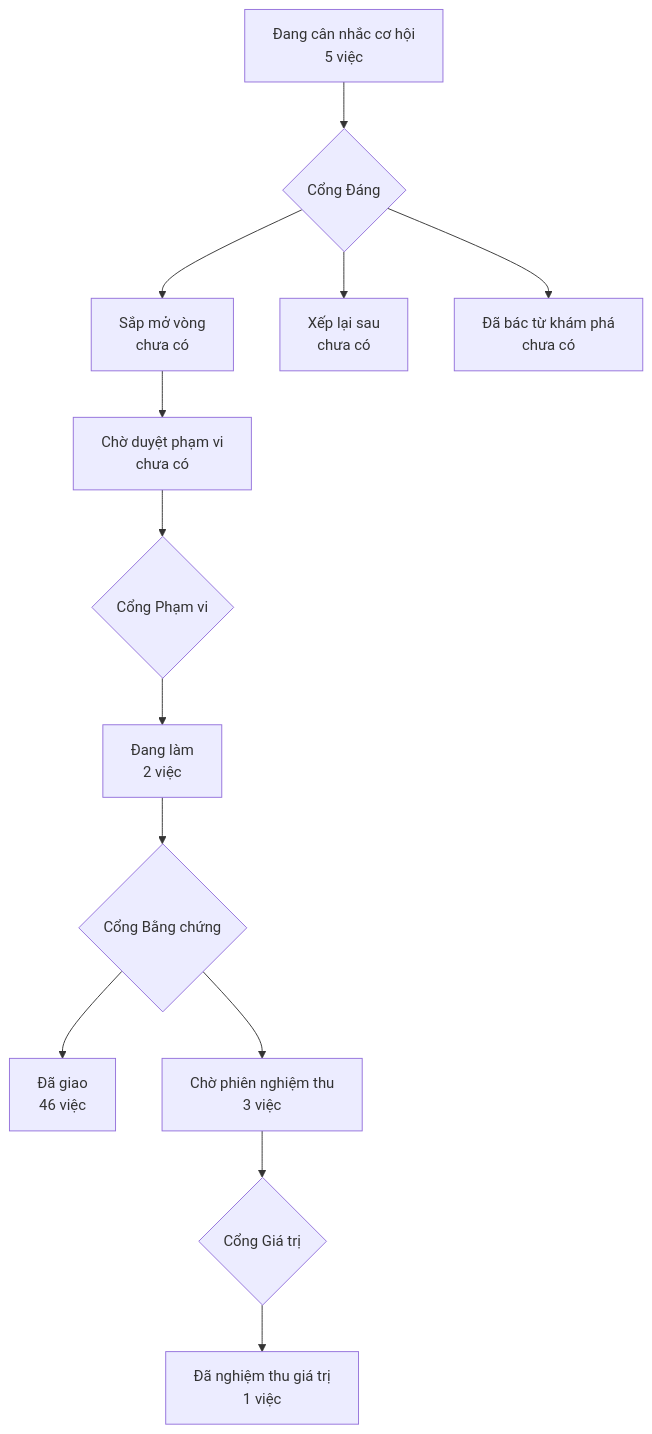
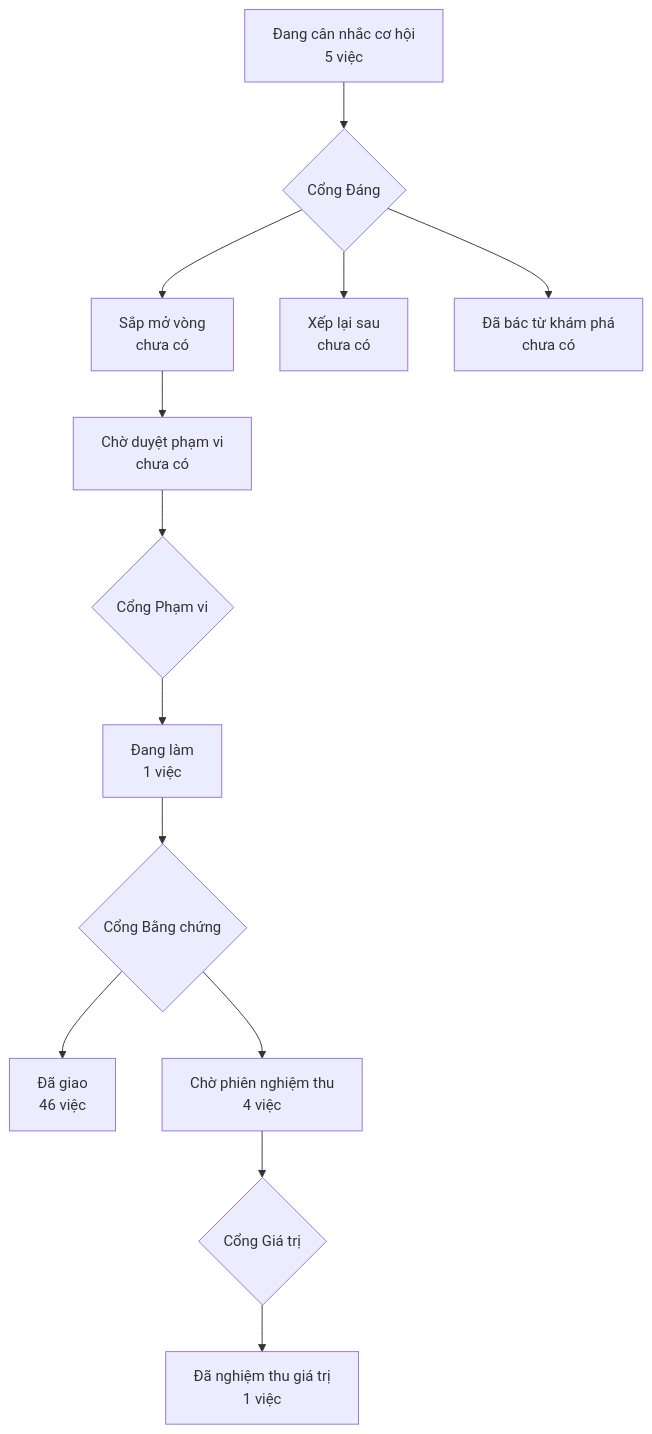
Before and after one commit to phanlemanh/crm-onehub: the diagram in PRODUCT-MAP.md, drawn with Mermaid. The commit also changed 3 other files, not shown here.

````diff
--- a/PRODUCT-MAP.md
+++ b/PRODUCT-MAP.md
@@ -6,12 +6,12 @@
 ```mermaid
 flowchart TD
   A["Đang cân nhắc cơ hội<br/>5 việc"] --> GD{"Cổng Đáng"}
   GD --> B["Sắp mở vòng<br/>chưa có"]
   GD --> XL["Xếp lại sau<br/>chưa có"]
   GD --> DB["Đã bác từ khám phá<br/>chưa có"]
   B --> CD["Chờ duyệt phạm vi<br/>chưa có"] --> GP{"Cổng Phạm vi"}
-  GP --> DL["Đang làm<br/>2 việc"] --> GB{"Cổng Bằng chứng"}
+  GP --> DL["Đang làm<br/>1 việc"] --> GB{"Cổng Bằng chứng"}
   GB --> DG["Đã giao<br/>46 việc"]
-  GB --> CN["Chờ phiên nghiệm thu<br/>3 việc"] --> GG{"Cổng Giá trị"}
+  GB --> CN["Chờ phiên nghiệm thu<br/>4 việc"] --> GG{"Cổng Giá trị"}
   GG --> NT["Đã nghiệm thu giá trị<br/>1 việc"]
 ```
````
